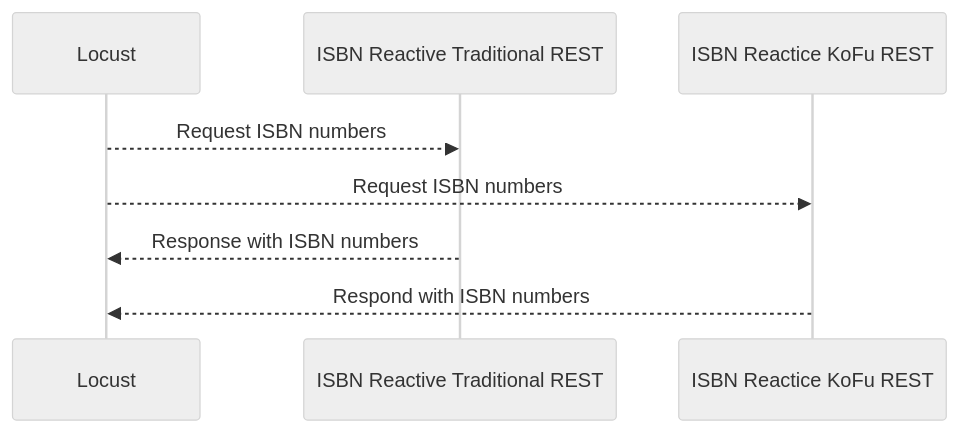
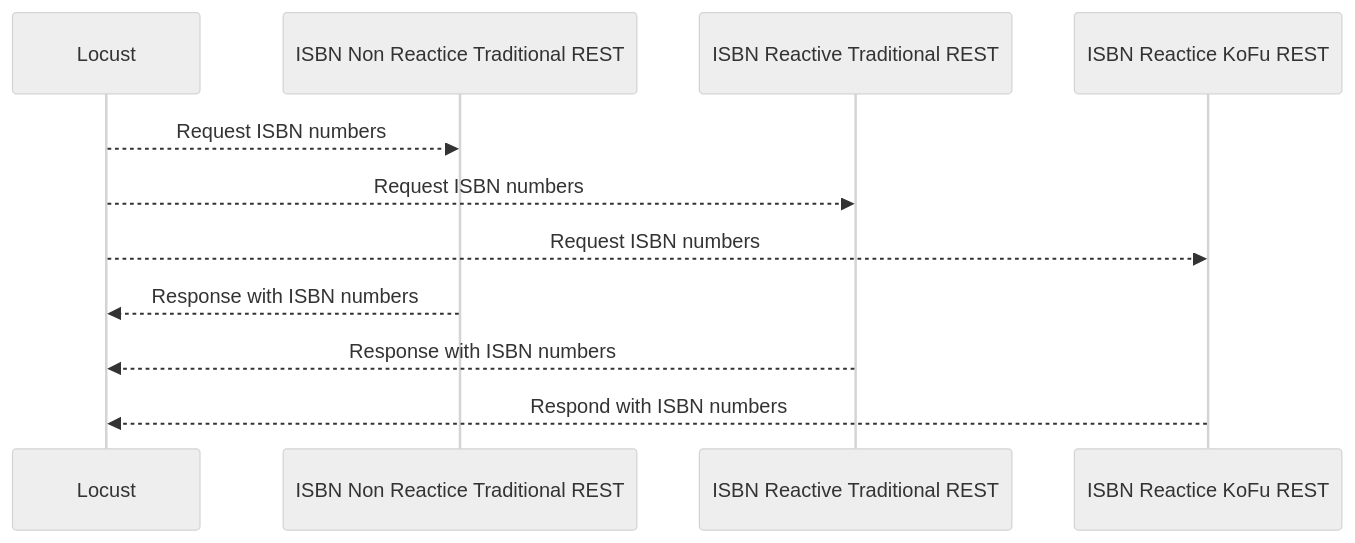
One commit to jesperancinha/isbn-stacks changed the diagram in README.md. Above: the diagram before and after it, drawn with Mermaid (neutral theme). The commit also changed 1 other file, not shown here.

Commit message:
📈 Banner and sequence diagram update

````diff
--- a/README.md
+++ b/README.md
@@ -40,11 +40,14 @@
 ```mermaid
     sequenceDiagram
         participant Locust
+        participant ISBN Non Reactice Traditional REST
         participant ISBN Reactive Traditional REST
         participant ISBN Reactice KoFu REST
         
+        Locust-->> ISBN Non Reactice Traditional REST: Request ISBN numbers
         Locust-->>ISBN Reactive Traditional REST: Request ISBN numbers
         Locust-->>ISBN Reactice KoFu REST: Request ISBN numbers
+        ISBN Non Reactice Traditional REST-->>Locust: Response with ISBN numbers
         ISBN Reactive Traditional REST-->>Locust: Response with ISBN numbers
         ISBN Reactice KoFu REST-->>Locust: Respond with ISBN numbers
 ```
````
